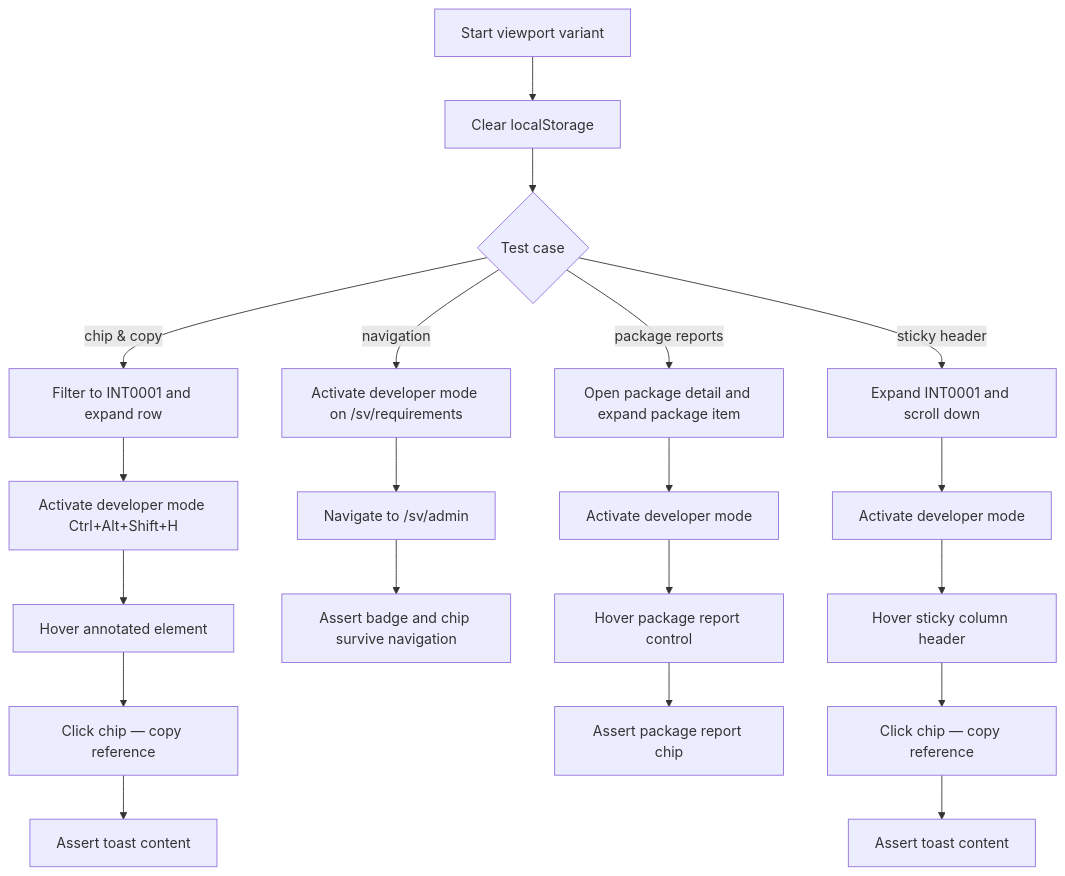
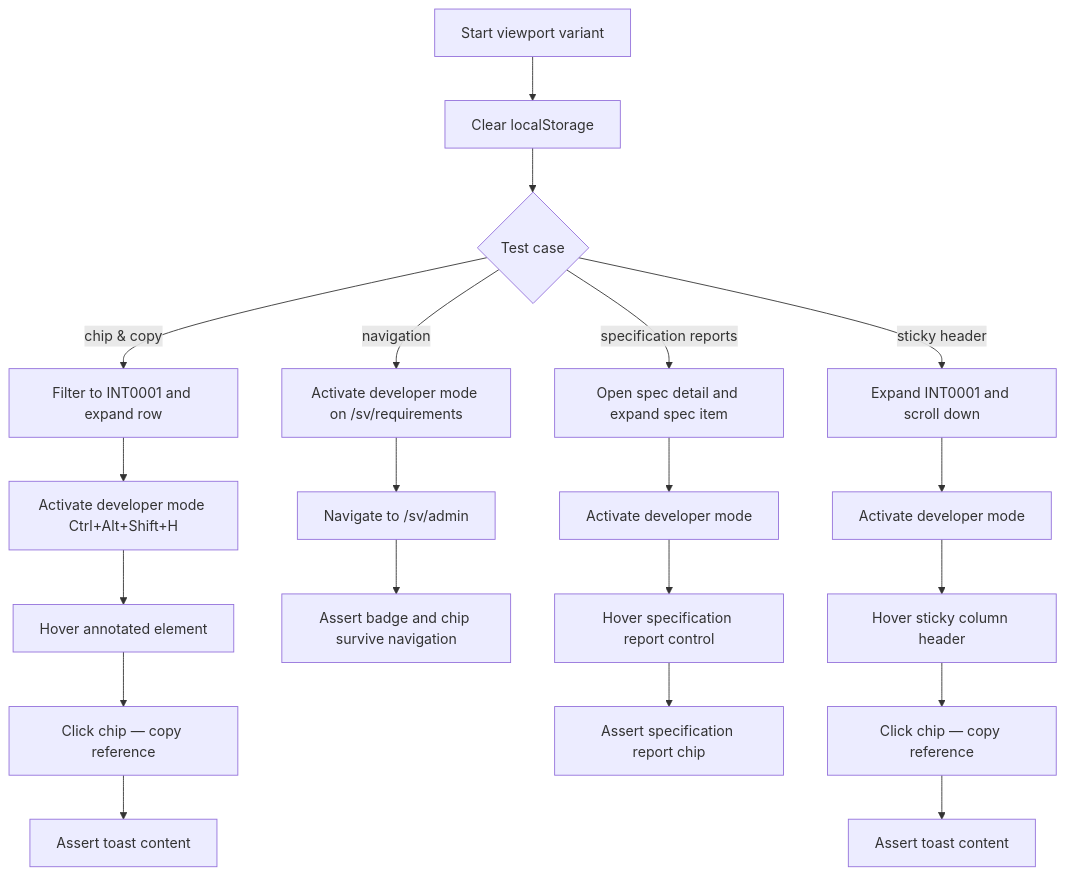
One commit to viscalyx/Kravhantering changed the first of 4 diagrams in tests/integration/developer-mode-overlay.md. Above: the diagram before and after it, drawn with Mermaid. The commit also changed other lines of this file and 244 other files, not shown here.

````diff
--- a/tests/integration/developer-mode-overlay.md
+++ b/tests/integration/developer-mode-overlay.md
@@ -14,22 +14,22 @@
 ```mermaid
 flowchart TD
     A[Start viewport variant] --> B[Clear localStorage]
     B --> C{Test case}
     C -- chip & copy --> D[Filter to INT0001 and expand row]
     D --> E[Activate developer mode Ctrl+Alt+Shift+H]
     E --> F[Hover annotated element]
     F --> G[Click chip — copy reference]
     G --> H[Assert toast content]
     C -- navigation --> I[Activate developer mode on /sv/requirements]
     I --> J[Navigate to /sv/admin]
     J --> K[Assert badge and chip survive navigation]
-    C -- package reports --> L[Open package detail and expand package item]
+    C -- specification reports --> L[Open spec detail and expand spec item]
     L --> M[Activate developer mode]
-    M --> N[Hover package report control]
-    N --> O[Assert package report chip]
+    M --> N[Hover specification report control]
+    N --> O[Assert specification report chip]
     C -- sticky header --> P[Expand INT0001 and scroll down]
     P --> Q[Activate developer mode]
     Q --> R[Hover sticky column header]
     R --> S[Click chip — copy reference]
     S --> T[Assert toast content]
 ```
````
